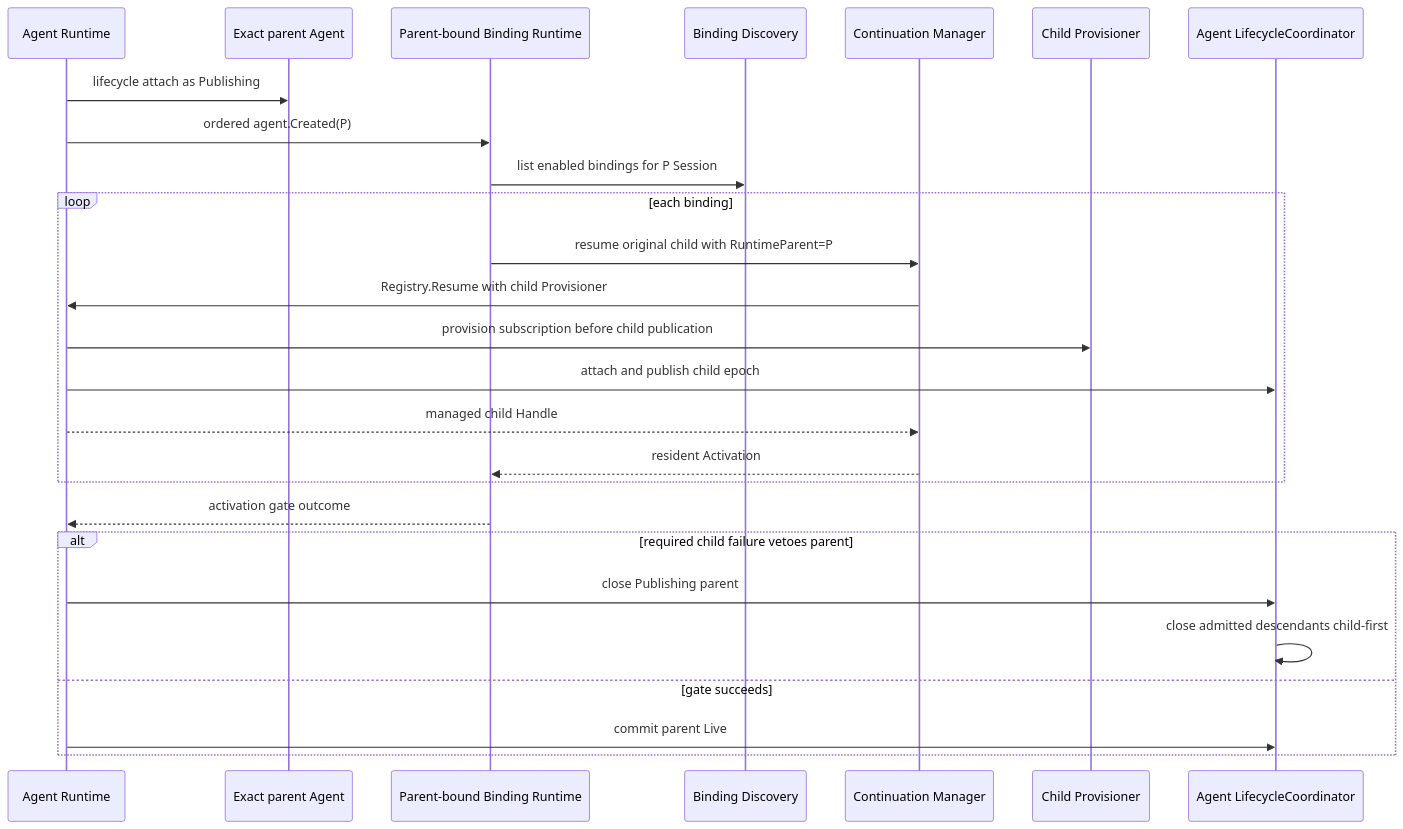
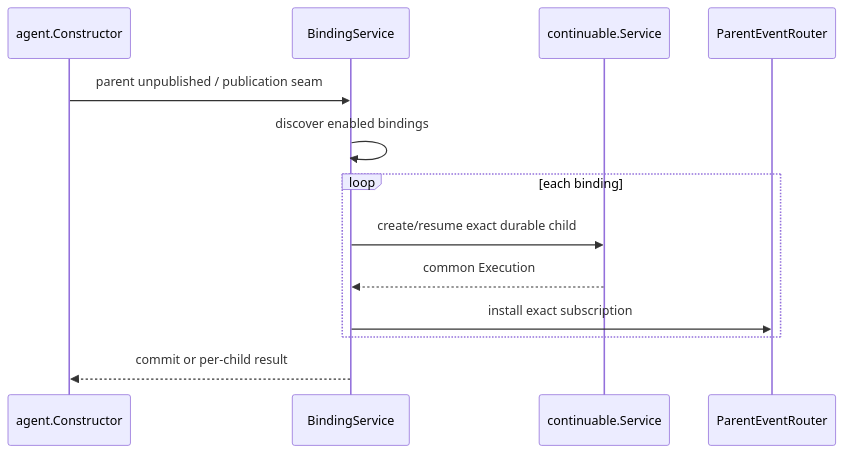
The second of 3 diagrams in subagent/docs/parent-bound-design.zh-CN.md (gorenx/goren), drawn with Mermaid before and after one commit. The commit also changed other lines of this file and 36 other files, not shown here.

````diff
--- a/subagent/docs/parent-bound-design.zh-CN.md
+++ b/subagent/docs/parent-bound-design.zh-CN.md
@@ -318,29 +181,16 @@
 ```mermaid
 sequenceDiagram
-    participant AR as Agent Runtime
-    participant P as Exact parent Agent
-    participant BR as Parent-bound Binding Runtime
-    participant B as Binding Discovery
-    participant M as Continuation Manager
-    participant V as Child Provisioner
-    participant LC as Agent LifecycleCoordinator
+    participant A as agent.Constructor
+    participant B as BindingService
+    participant C as continuable.Service
+    participant R as ParentEventRouter
 
-    AR->>P: lifecycle attach as Publishing
-    AR->>BR: ordered agent.Created(P)
-    BR->>B: list enabled bindings for P Session
+    A->>B: parent unpublished / publication seam
+    B->>B: discover enabled bindings
     loop each binding
-        BR->>M: resume original child with RuntimeParent=P
-        M->>AR: Registry.Resume with child Provisioner
-        AR->>V: provision subscription before child publication
-        AR->>LC: attach and publish child epoch
-        AR-->>M: managed child Handle
-        M-->>BR: resident Activation
+        B->>C: create/resume exact durable child
+        C-->>B: common Execution
+        B->>R: install exact subscription
     end
-    BR-->>AR: activation gate outcome
-    alt required child failure vetoes parent
-        AR->>LC: close Publishing parent
-        LC->>LC: close admitted descendants child-first
-    else gate succeeds
-        AR->>LC: commit parent Live
-    end
+    B-->>A: commit or per-child result
 ```
````
